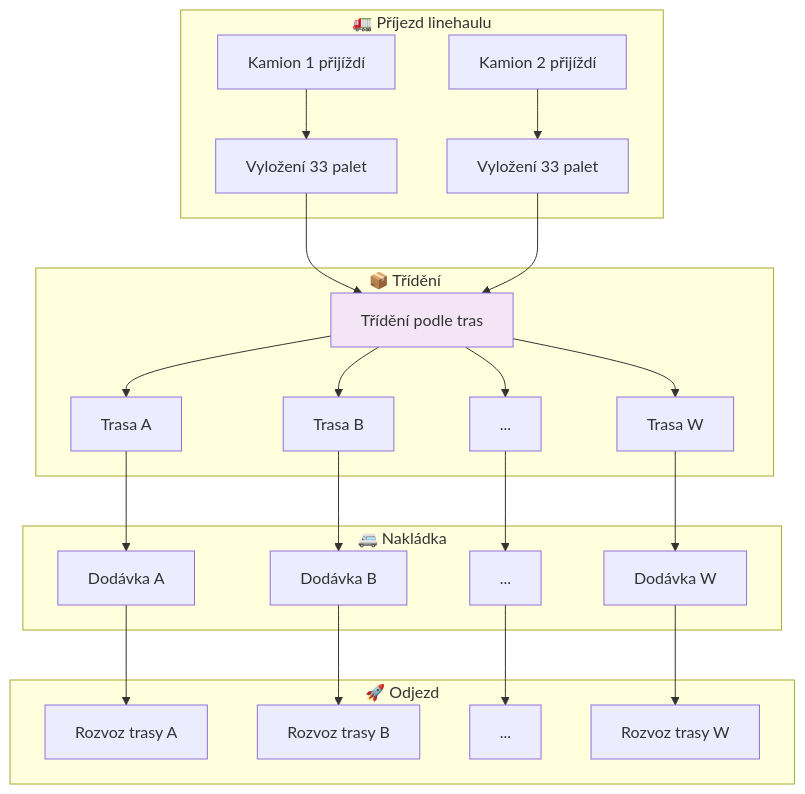
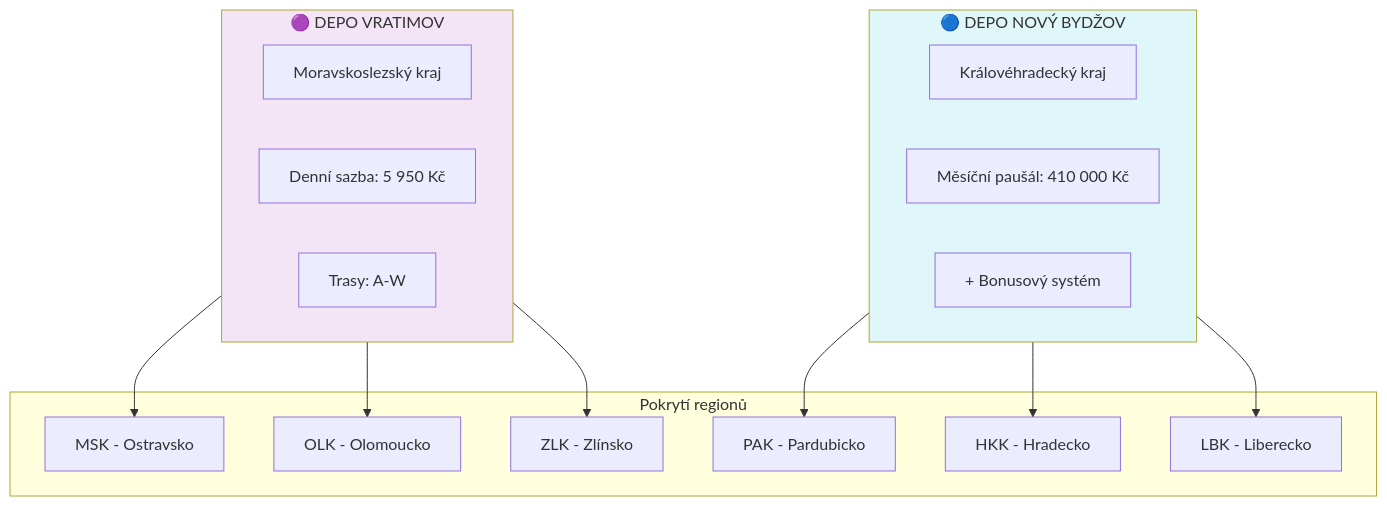
Before and after one commit to JakubKrejcir/alza-cost-control: the sixth of 11 diagrams in docs/DIAGRAMS_TRANSPORT.md, drawn with Mermaid. The commit also changed other lines of this file and 13 other files, not shown here.

````diff
--- a/docs/DIAGRAMS_TRANSPORT.md
+++ b/docs/DIAGRAMS_TRANSPORT.md
@@ -144,32 +179,33 @@
 ```mermaid
 flowchart TD
-    subgraph PRIJEZD ["🚛 Příjezd linehaulu"]
-        A[Kamion 1 přijíždí] --> B[Vyložení 33 palet]
-        C[Kamion 2 přijíždí] --> D[Vyložení 33 palet]
+    subgraph VRATIMOV ["🟣 DEPO VRATIMOV"]
+        V1[Moravskoslezský kraj]
+        V2[Denní sazba: 5 950 Kč]
+        V3[Trasy: A-W]
     end
     
-    subgraph TRIDENI ["📦 Třídění"]
-        B --> E[Třídění podle tras]
-        D --> E
-        E --> F[Trasa A]
-        E --> G[Trasa B]
-        E --> H[...]
-        E --> I[Trasa W]
+    subgraph BYDZOV ["🔵 DEPO NOVÝ BYDŽOV"]
+        B1[Královéhradecký kraj]
+        B2[Měsíční paušál: 410 000 Kč]
+        B3[+ Bonusový systém]
     end
     
-    subgraph NAKLADKA ["🚐 Nakládka"]
-        F --> J[Dodávka A]
-        G --> K[Dodávka B]
-        H --> L[...]
-        I --> M[Dodávka W]
+    subgraph REGIONY ["Pokrytí regionů"]
+        R1[MSK - Ostravsko]
+        R2[OLK - Olomoucko]
+        R3[ZLK - Zlínsko]
+        R4[PAK - Pardubicko]
+        R5[HKK - Hradecko]
+        R6[LBK - Liberecko]
     end
     
-    subgraph ODJEZD ["🚀 Odjezd"]
-        J --> N[Rozvoz trasy A]
-        K --> O[Rozvoz trasy B]
-        L --> P[...]
-        M --> Q[Rozvoz trasy W]
-    end
+    VRATIMOV --> R1
+    VRATIMOV --> R2
+    VRATIMOV --> R3
+    BYDZOV --> R4
+    BYDZOV --> R5
+    BYDZOV --> R6
     
-    style E fill:#f3e5f5
+    style VRATIMOV fill:#f3e5f5
+    style BYDZOV fill:#e0f7fa
 ```
````
